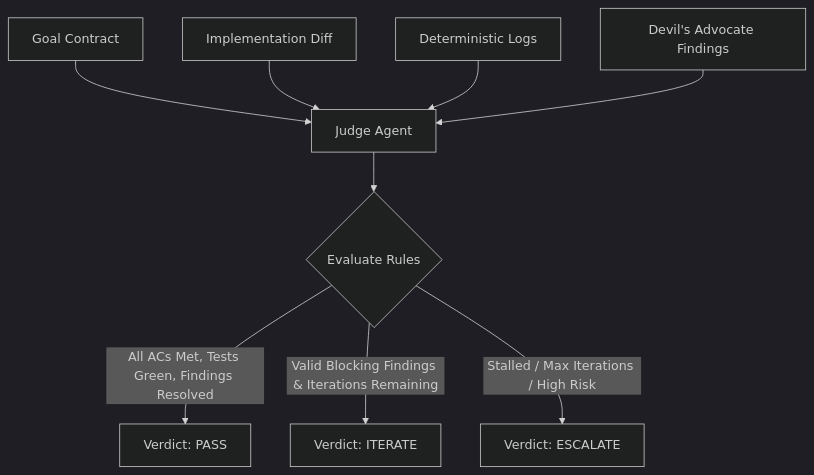
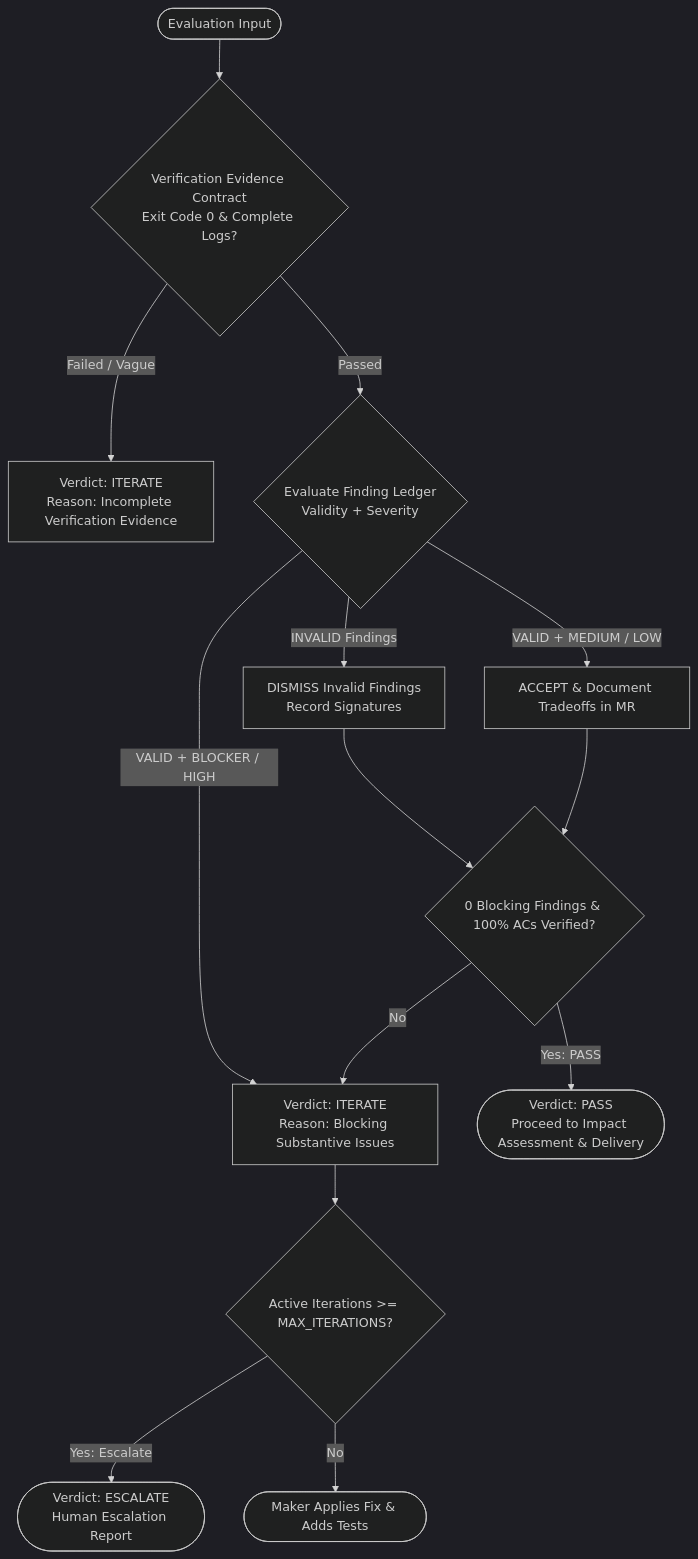
The diagram in core/judge-policy.md (egagofur/ai-engineering-loop), drawn with Mermaid (dark theme) before and after one commit. The commit also changed other lines of this file and 9 other files, not shown here.

Commit message:
feat: add multi-agent orchestration priority, clean-slate barrier, verification evidence contract, and dual-axis finding model

````diff
--- a/core/judge-policy.md
+++ b/core/judge-policy.md
@@ -14,13 +7,21 @@
 ```mermaid
 flowchart TD
-    GC[Goal Contract] --> Judge[Judge Agent]
-    Diff[Implementation Diff] --> Judge
-    DV[Deterministic Logs] --> Judge
-    DA[Devil's Advocate Findings] --> Judge
+    Start([Evaluation Input]) --> Gate1{Verification Evidence Contract<br>Exit Code 0 & Complete Logs?}
     
-    Judge --> Decision{Evaluate Rules}
+    Gate1 -->|Failed / Vague| IterateVerif[Verdict: ITERATE<br>Reason: Incomplete Verification Evidence]
+    Gate1 -->|Passed| Gate2{Evaluate Finding Ledger<br>Validity + Severity}
     
-    Decision -->|All ACs Met, Tests Green, Findings Resolved| PASS[Verdict: PASS]
-    Decision -->|Valid Blocking Findings & Iterations Remaining| ITERATE[Verdict: ITERATE]
-    Decision -->|Stalled / Max Iterations / High Risk| ESCALATE[Verdict: ESCALATE]
+    Gate2 -->|VALID + BLOCKER / HIGH| IterateFindings[Verdict: ITERATE<br>Reason: Blocking Substantive Issues]
+    Gate2 -->|INVALID Findings| Dismiss[DISMISS Invalid Findings<br>Record Signatures]
+    Gate2 -->|VALID + MEDIUM / LOW| Accept[ACCEPT & Document Tradeoffs in MR]
+    
+    Dismiss --> FinalCheck{0 Blocking Findings & 100% ACs Verified?}
+    Accept --> FinalCheck
+    
+    FinalCheck -->|Yes: PASS| PassVerdict([Verdict: PASS<br>Proceed to Impact Assessment & Delivery])
+    FinalCheck -->|No| IterateFindings
+    
+    IterateFindings --> IterCheck{Active Iterations >= MAX_ITERATIONS?}
+    IterCheck -->|Yes: Escalate| EscalateVerdict([Verdict: ESCALATE<br>Human Escalation Report])
+    IterCheck -->|No| MakerFix([Maker Applies Fix & Adds Tests])
 ```
````
